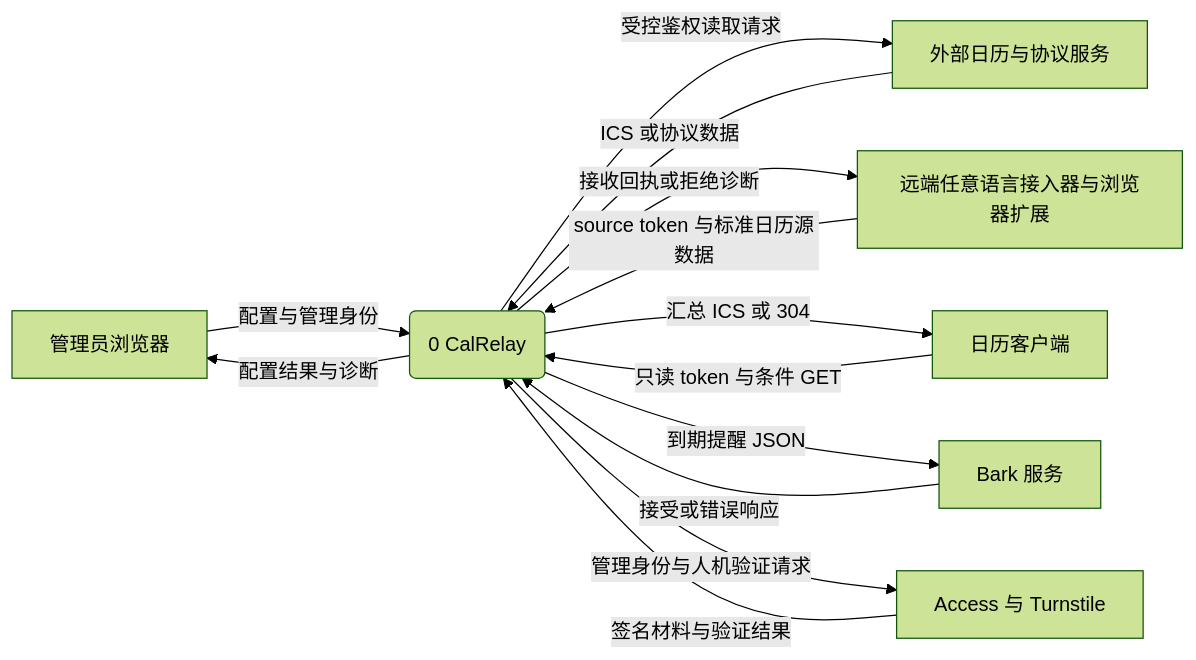
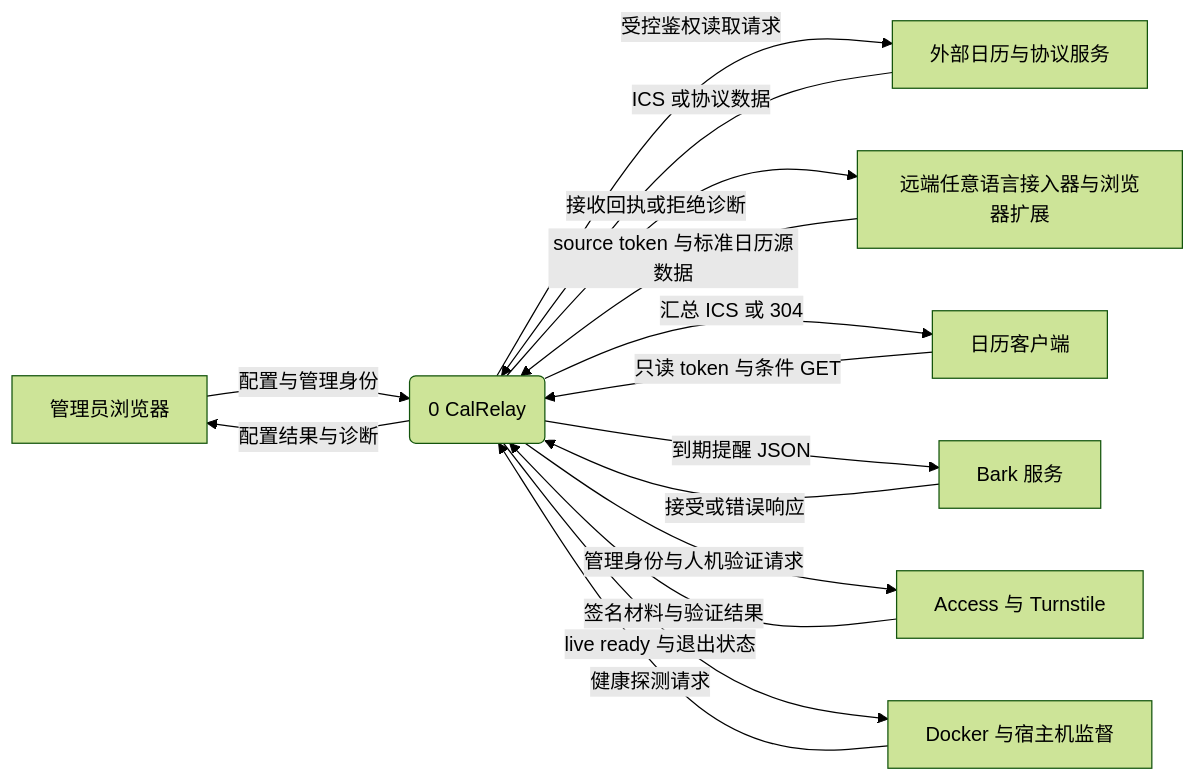
One commit to freesialuo/CalRelay changed the first of 4 diagrams in docs/product-design.md. Above: the diagram before and after it, drawn with Mermaid (forest theme). The commit also changed other lines of this file and 4 other files, not shown here.

````diff
--- a/docs/product-design.md
+++ b/docs/product-design.md
@@ -13,15 +13,17 @@
 ```mermaid
 flowchart LR
     Admin[管理员浏览器] -->|配置与管理身份| Platform(0 CalRelay)
     Platform -->|配置结果与诊断| Admin
     Upstream[外部日历与协议服务] -->|ICS 或协议数据| Platform
     Platform -->|受控鉴权读取请求| Upstream
     Producer[远端任意语言接入器与浏览器扩展] -->|source token 与标准日历源数据| Platform
     Platform -->|接收回执或拒绝诊断| Producer
     Client[日历客户端] -->|只读 token 与条件 GET| Platform
     Platform -->|汇总 ICS 或 304| Client
     Platform -->|到期提醒 JSON| Bark[Bark 服务]
     Bark -->|接受或错误响应| Platform
     Platform -->|管理身份与人机验证请求| Identity[Access 与 Turnstile]
     Identity -->|签名材料与验证结果| Platform
+    Deploy[Docker 与宿主机监督] -->|健康探测请求| Platform
+    Platform -->|live ready 与退出状态| Deploy
 ```
````
